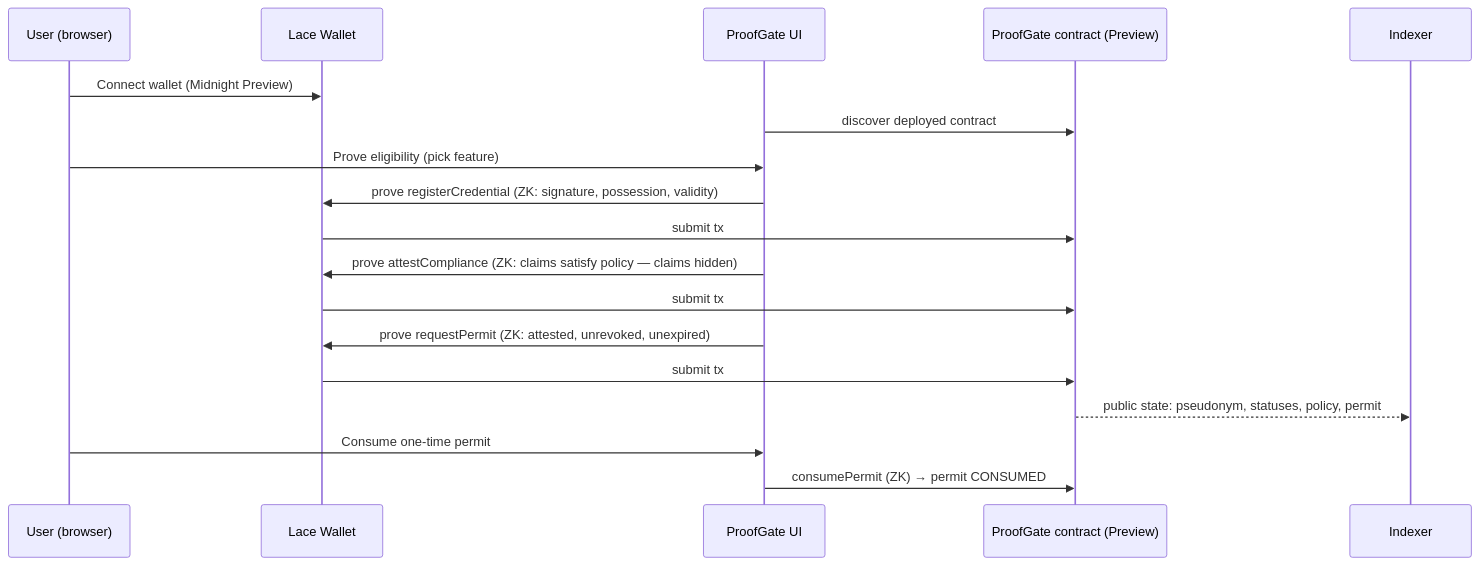
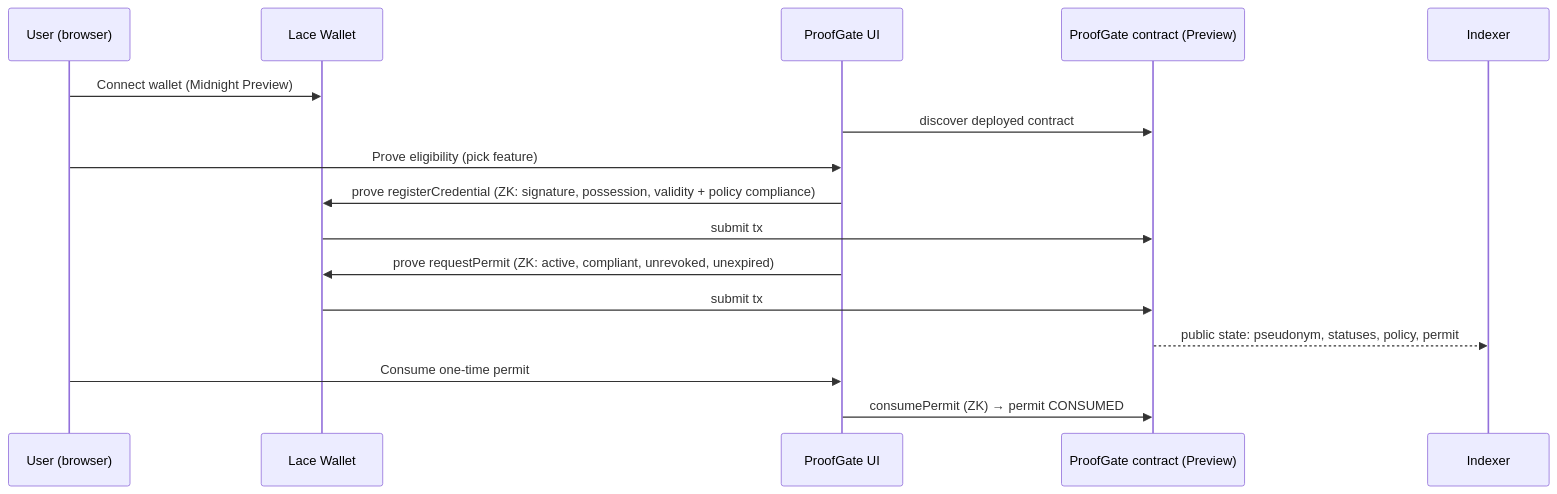
One commit to sudha16-sketc/ProofGate changed the second of 2 diagrams in README.md. Above: the diagram before and after it, drawn with Mermaid. The commit also changed other lines of this file and 138 other files, not shown here.

Commit message:
fix: restore compatible registerCredential proving pipeline

````diff
--- a/README.md
+++ b/README.md
@@ -235,20 +234,18 @@
 ```mermaid
 sequenceDiagram
     participant U as User (browser)
     participant W as Lace Wallet
     participant A as ProofGate UI
     participant C as ProofGate contract (Preview)
     participant I as Indexer
     U->>W: Connect wallet (Midnight Preview)
     A->>C: discover deployed contract
     U->>A: Prove eligibility (pick feature)
-    A->>W: prove registerCredential (ZK: signature, possession, validity)
+    A->>W: prove registerCredential (ZK: signature, possession, validity + policy compliance)
     W->>C: submit tx
-    A->>W: prove attestCompliance (ZK: claims satisfy policy — claims hidden)
-    W->>C: submit tx
-    A->>W: prove requestPermit (ZK: attested, unrevoked, unexpired)
+    A->>W: prove requestPermit (ZK: active, compliant, unrevoked, unexpired)
     W->>C: submit tx
     C-->>I: public state: pseudonym, statuses, policy, permit
     U->>A: Consume one-time permit
     A->>C: consumePermit (ZK) → permit CONSUMED
 ```
````
